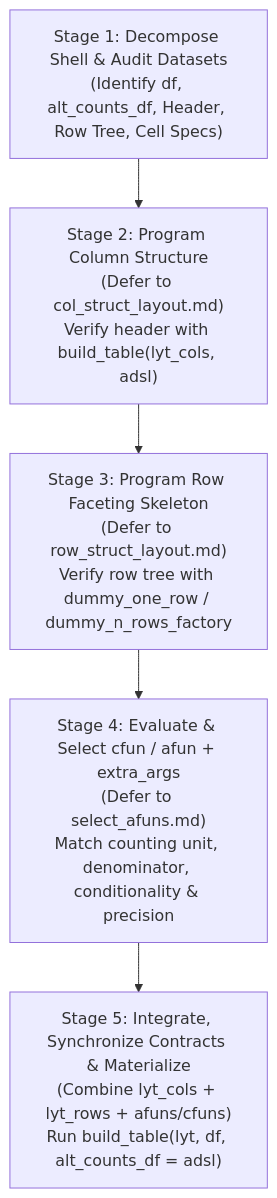
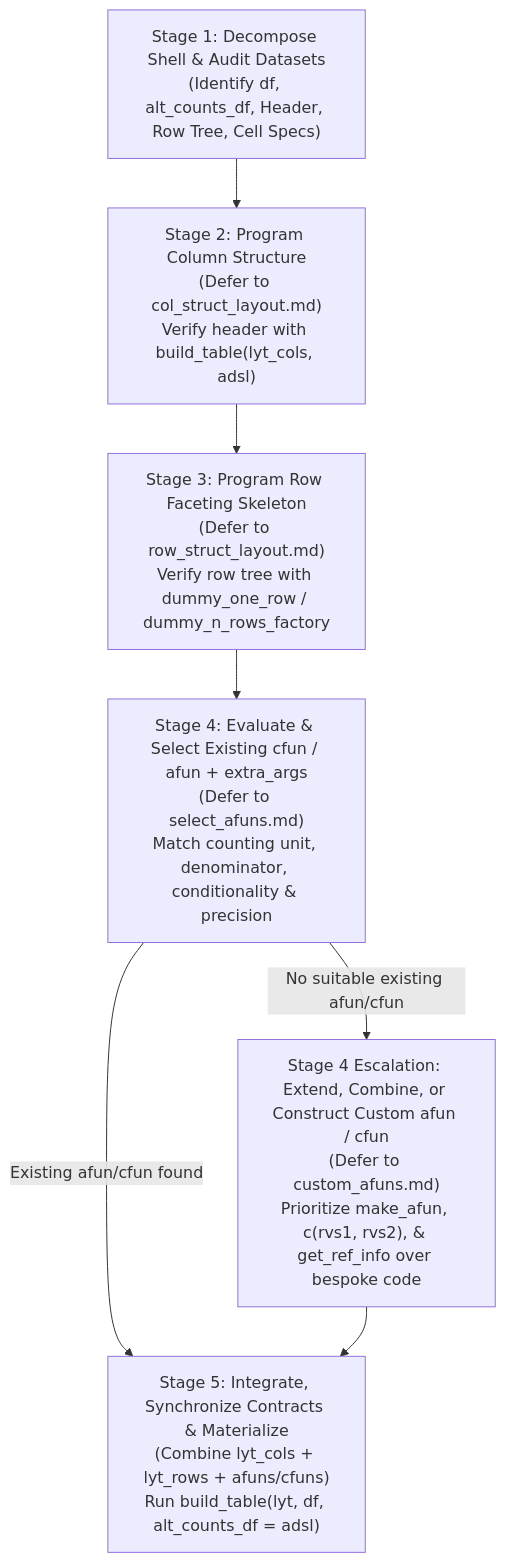
One commit to gmbecker/rtables_ai_skills changed the diagram in rtables_junco_table_prog.md. Above: the diagram before and after it, drawn with Mermaid. The commit also changed other lines of this file, not shown here.

Commit message:
directly incorporate custom_afuns.md skill into the orchestration skill

````diff
--- a/rtables_junco_table_prog.md
+++ b/rtables_junco_table_prog.md
@@ -47,10 +48,13 @@
 ```mermaid
 flowchart TD
     S1["Stage 1: Decompose Shell & Audit Datasets<br/>(Identify df, alt_counts_df, Header, Row Tree, Cell Specs)"]
     S2["Stage 2: Program Column Structure<br/>(Defer to col_struct_layout.md)<br/>Verify header with build_table(lyt_cols, adsl)"]
     S3["Stage 3: Program Row Faceting Skeleton<br/>(Defer to row_struct_layout.md)<br/>Verify row tree with dummy_one_row / dummy_n_rows_factory"]
-    S4["Stage 4: Evaluate & Select cfun / afun + extra_args<br/>(Defer to select_afuns.md)<br/>Match counting unit, denominator, conditionality & precision"]
+    S4["Stage 4: Evaluate & Select Existing cfun / afun + extra_args<br/>(Defer to select_afuns.md)<br/>Match counting unit, denominator, conditionality & precision"]
+    S4_ESC["Stage 4 Escalation: Extend, Combine, or Construct Custom afun / cfun<br/>(Defer to custom_afuns.md)<br/>Prioritize make_afun, c(rvs1, rvs2), & get_ref_info over bespoke code"]
     S5["Stage 5: Integrate, Synchronize Contracts & Materialize<br/>(Combine lyt_cols + lyt_rows + afuns/cfuns)<br/>Run build_table(lyt, df, alt_counts_df = adsl)"]
 
-    S1 --> S2 --> S3 --> S4 --> S5
+    S1 --> S2 --> S3 --> S4
+    S4 -- "Existing afun/cfun found" --> S5
+    S4 -- "No suitable existing afun/cfun" --> S4_ESC --> S5
 ```
````
